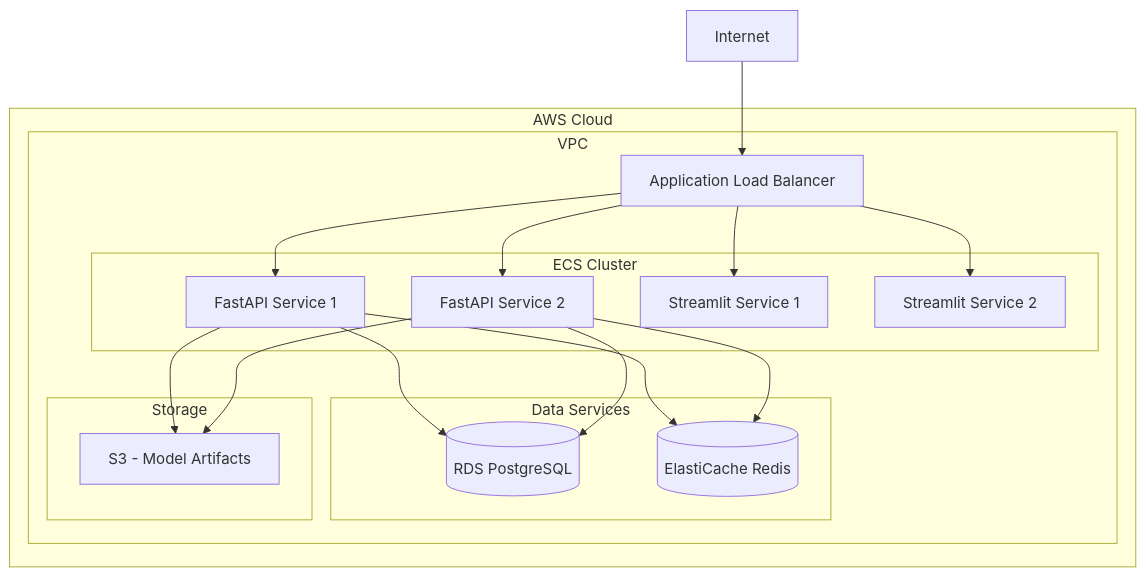
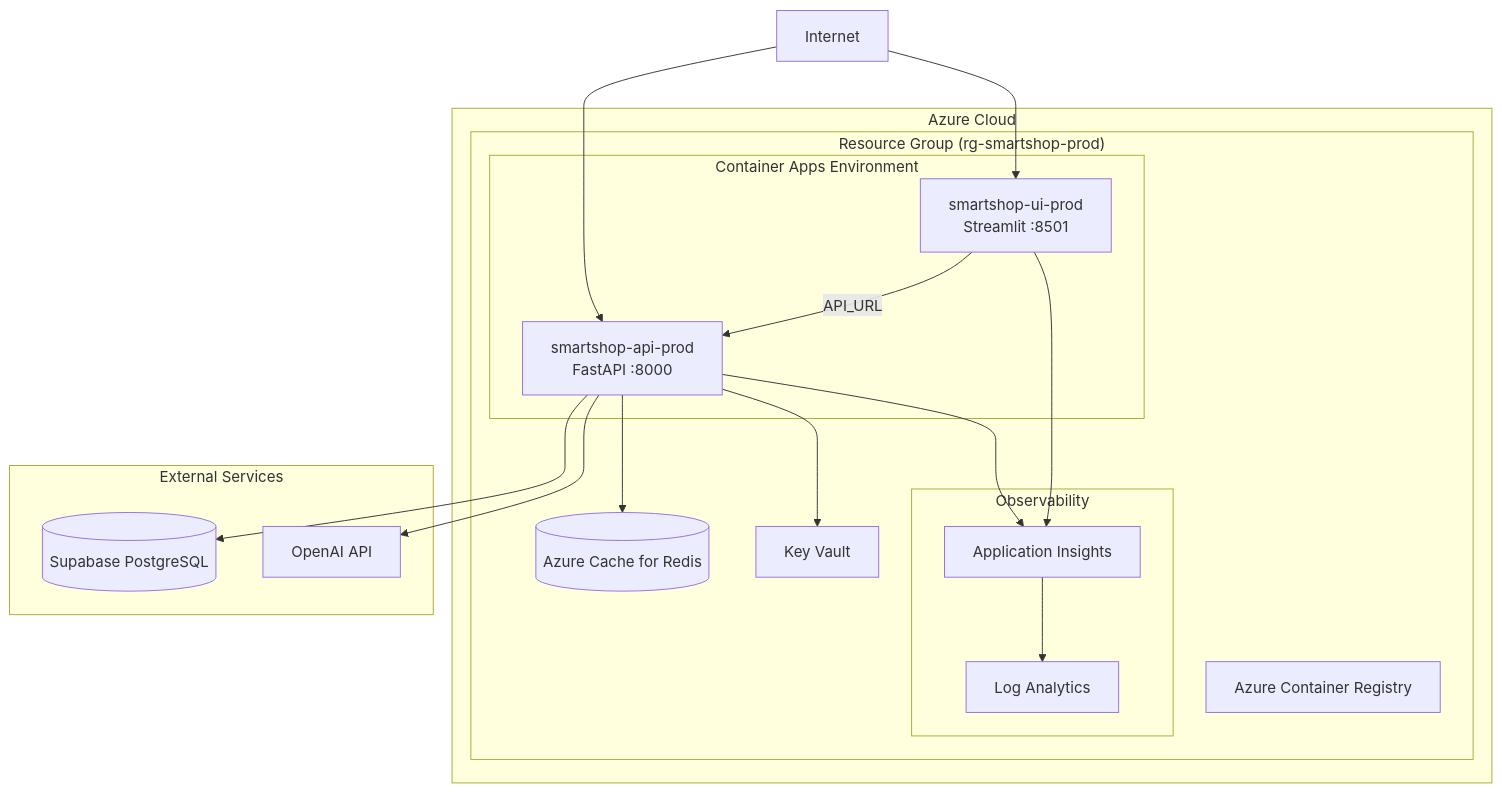
Before and after one commit to dharmendra-verma/smartshop-ai: the sixth of 6 diagrams in docs/ARCHITECTURE.md, drawn with Mermaid. The commit also changed other lines of this file and 20 other files, not shown here.

````diff
--- a/docs/ARCHITECTURE.md
+++ b/docs/ARCHITECTURE.md
@@ -375,37 +377,40 @@
 ```mermaid
 graph TB
-    subgraph "AWS Cloud"
-        subgraph "VPC"
-            ALB[Application Load Balancer]
+    subgraph "Azure Cloud"
+        subgraph "Resource Group (rg-smartshop-prod)"
+            ACR[Azure Container Registry]
 
-            subgraph "ECS Cluster"
-                API1[FastAPI Service 1]
-                API2[FastAPI Service 2]
-                UI1[Streamlit Service 1]
-                UI2[Streamlit Service 2]
+            subgraph "Container Apps Environment"
+                API1[smartshop-api-prod<br/>FastAPI :8000]
+                UI1[smartshop-ui-prod<br/>Streamlit :8501]
             end
 
-            subgraph "Data Services"
-                RDS[(RDS PostgreSQL)]
-                ElastiCache[(ElastiCache Redis)]
+            RedisCache[(Azure Cache for Redis)]
+
+            subgraph "Observability"
+                LogAnalytics[Log Analytics]
+                AppInsights[Application Insights]
             end
 
-            subgraph "Storage"
-                S3[S3 - Model Artifacts]
-            end
+            KV[Key Vault]
         end
     end
 
-    Internet[Internet] --> ALB
-    ALB --> API1
-    ALB --> API2
-    ALB --> UI1
-    ALB --> UI2
+    subgraph "External Services"
+        Supabase[(Supabase PostgreSQL)]
+        OpenAI[OpenAI API]
+    end
 
-    API1 --> RDS
-    API2 --> RDS
-    API1 --> ElastiCache
-    API2 --> ElastiCache
-    API1 --> S3
-    API2 --> S3
+    Internet[Internet] --> API1
+    Internet --> UI1
+    UI1 -->|API_URL| API1
+
+    API1 --> Supabase
+    API1 --> OpenAI
+    API1 --> RedisCache
+    API1 --> KV
+
+    API1 --> AppInsights
+    UI1 --> AppInsights
+    AppInsights --> LogAnalytics
 ```
````
